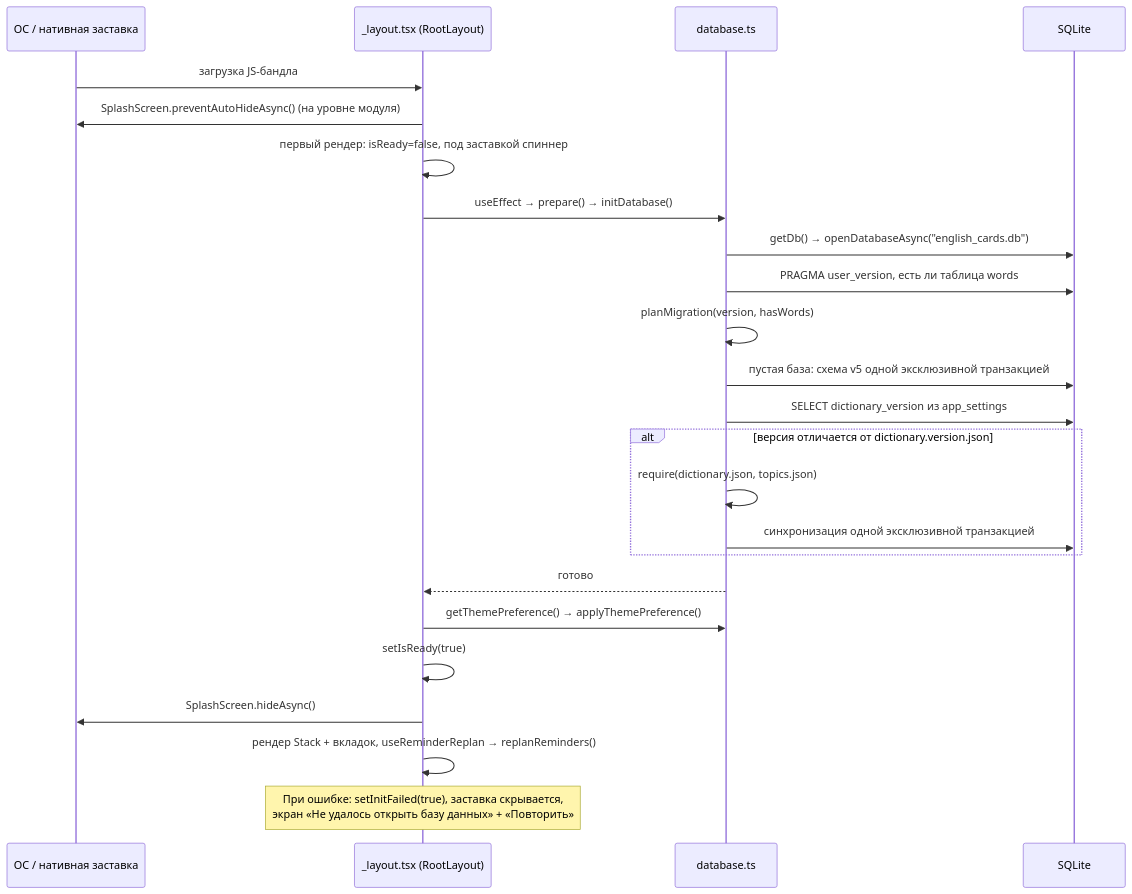
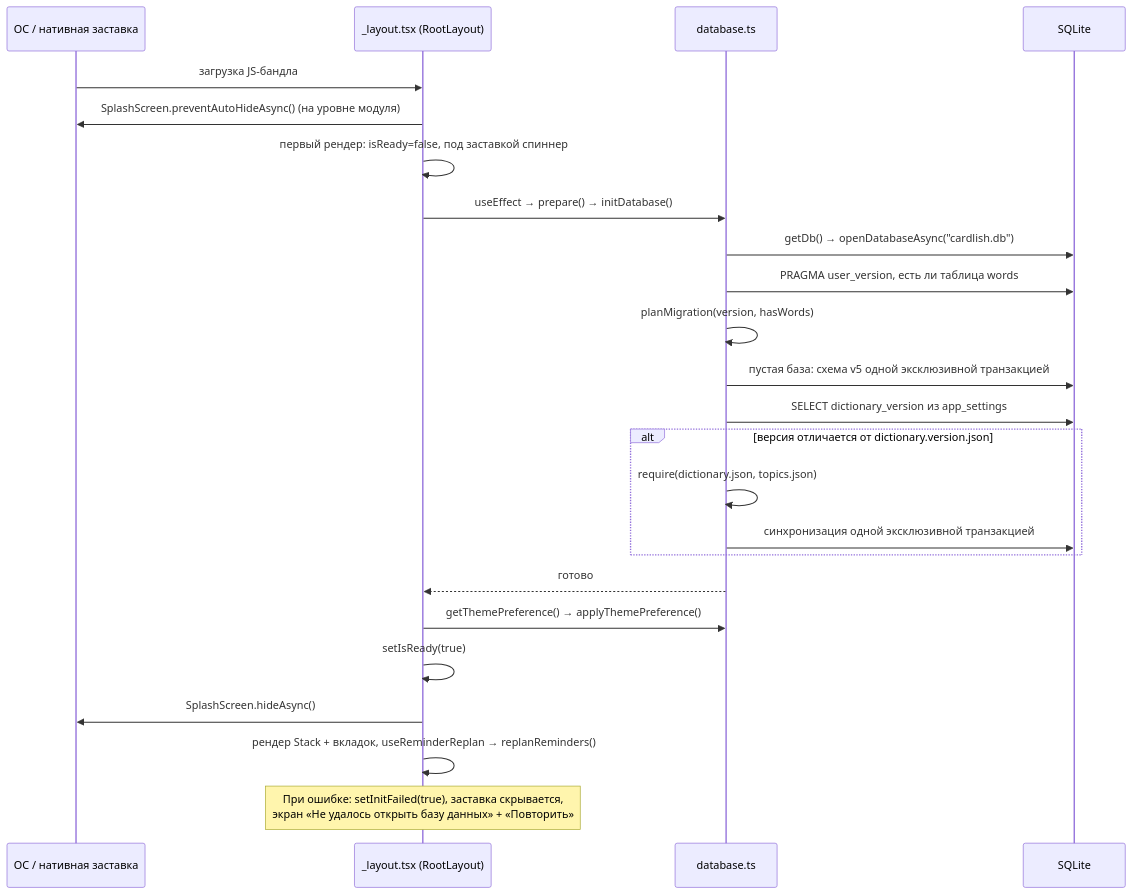
Before and after one commit to 01M/cardlish: the second of 6 diagrams in docs/ARCHITECTURE.ru.md, drawn with Mermaid. The commit also changed other lines of this file and 8 other files, not shown here.

````diff
--- a/docs/ARCHITECTURE.ru.md
+++ b/docs/ARCHITECTURE.ru.md
@@ -130,26 +130,26 @@
 ```mermaid
 sequenceDiagram
     participant OS as ОС / нативная заставка
     participant L as _layout.tsx (RootLayout)
     participant D as database.ts
     participant Q as SQLite
     OS->>L: загрузка JS-бандла
     L->>OS: SplashScreen.preventAutoHideAsync() (на уровне модуля)
     L->>L: первый рендер: isReady=false, под заставкой спиннер
     L->>D: useEffect → prepare() → initDatabase()
-    D->>Q: getDb() → openDatabaseAsync("english_cards.db")
+    D->>Q: getDb() → openDatabaseAsync("cardlish.db")
     D->>Q: PRAGMA user_version, есть ли таблица words
     D->>D: planMigration(version, hasWords)
     D->>Q: пустая база: схема v5 одной эксклюзивной транзакцией
     D->>Q: SELECT dictionary_version из app_settings
     alt версия отличается от dictionary.version.json
         D->>D: require(dictionary.json, topics.json)
         D->>Q: синхронизация одной эксклюзивной транзакцией
     end
     D-->>L: готово
     L->>D: getThemePreference() → applyThemePreference()
     L->>L: setIsReady(true)
     L->>OS: SplashScreen.hideAsync()
     L->>L: рендер Stack + вкладок, useReminderReplan → replanReminders()
     Note over L: При ошибке: setInitFailed(true), заставка скрывается,<br/>экран «Не удалось открыть базу данных» + «Повторить»
 ```
````
